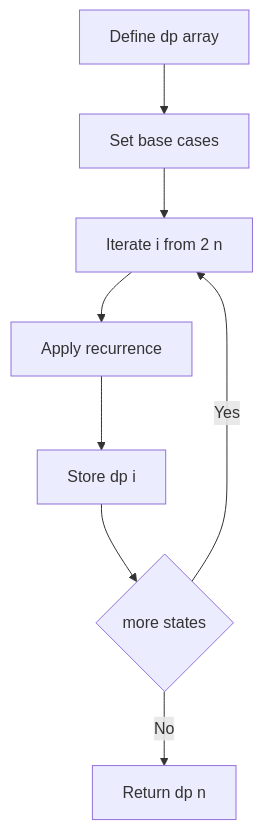
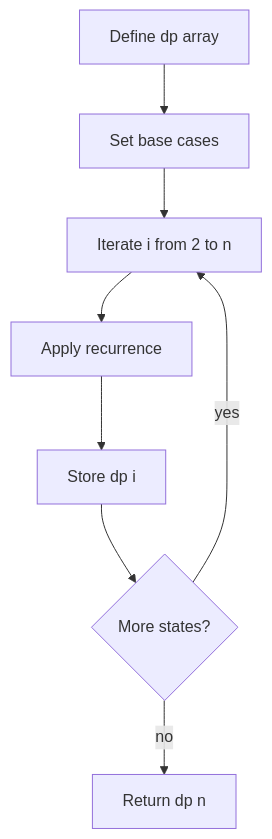
The diagram in content/docs/algorithms/algorithm-architect/03-dynamic-programming/01-dp-1d.md (choisimo/document), drawn with Mermaid before and after one commit. The commit also changed other lines of this file and 432 other files, not shown here.

````diff
--- a/content/docs/algorithms/algorithm-architect/03-dynamic-programming/01-dp-1d.md
+++ b/content/docs/algorithms/algorithm-architect/03-dynamic-programming/01-dp-1d.md
@@ -23,10 +73,10 @@
 ```mermaid
 flowchart TD
     A[Define dp array] --> B[Set base cases]
-    B --> C[Iterate i from 2 n]
+    B --> C[Iterate i from 2 to n]
     C --> D[Apply recurrence]
     D --> E[Store dp i]
-    E --> F{more states}
-    F -- Yes --> C
-    F -- No --> G[Return dp n]
+    E --> F{More states?}
+    F -- yes --> C
+    F -- no --> G[Return dp n]
 ```
````
